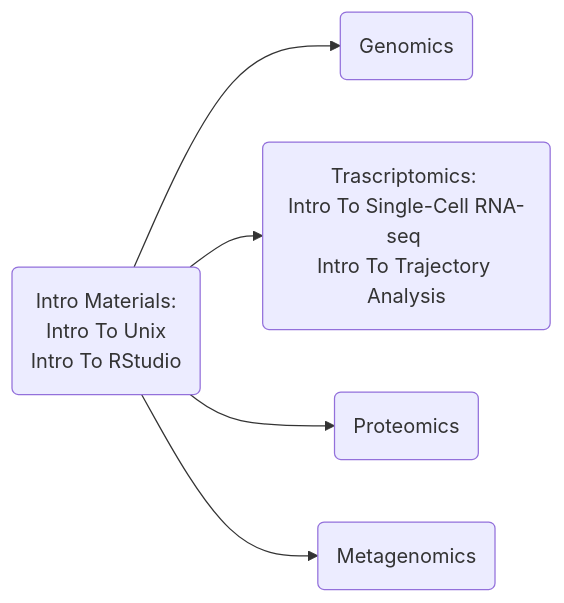
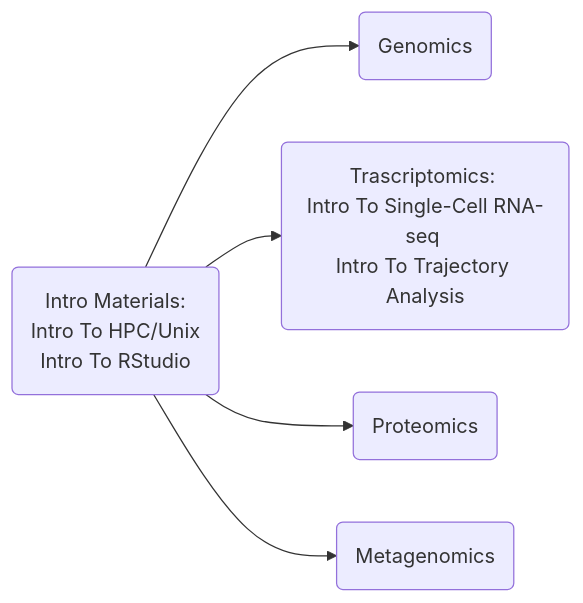
One commit to best-tufts/bioinformatics_workshops changed the diagram in docs/index.md. Above: the diagram before and after it, drawn with Mermaid. The commit also changed other lines of this file, not shown here.

````diff
--- a/docs/index.md
+++ b/docs/index.md
@@ -4,7 +4,7 @@
 ``` mermaid
 graph LR
-  A(Intro Materials:  <br />Intro To Unix <br />Intro To RStudio) --> B(Genomics);
+  A(Intro Materials:  <br />Intro To HPC/Unix <br />Intro To RStudio) --> B(Genomics);
   A -->C(Trascriptomics: <br />Intro To Single-Cell RNA-seq <br />Intro To Trajectory Analysis);
   A -->D(Proteomics);
   A -->E(Metagenomics);
 ```
````
